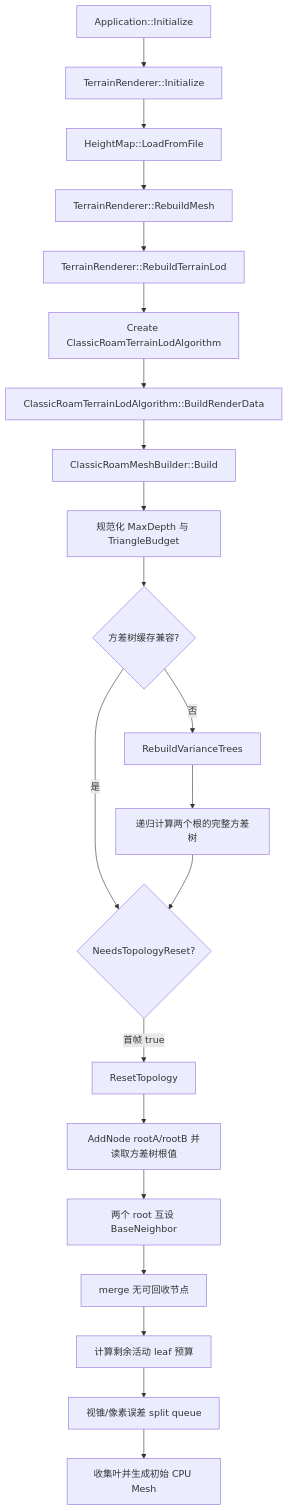
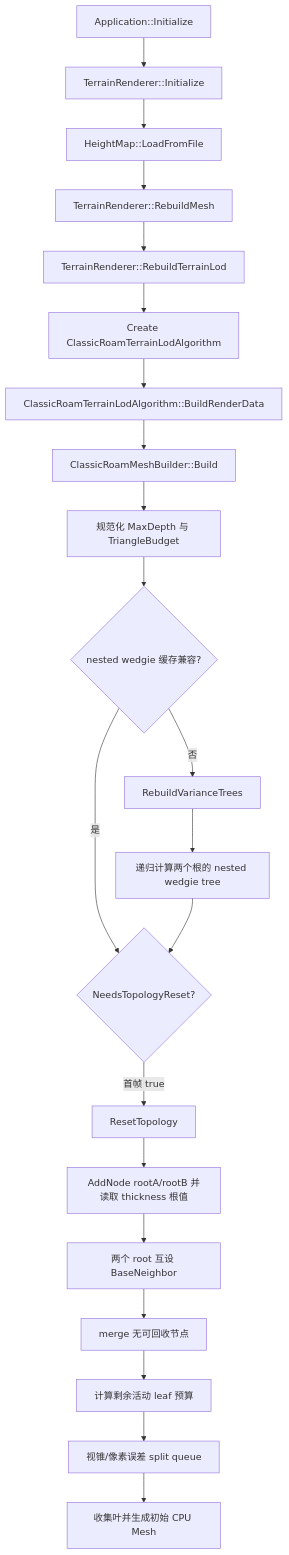
Before and after one commit to mcaswen/RoamTesting: the second of 3 diagrams in docs/source_analysis/classic_roam_context.md, drawn with Mermaid. The commit also changed other lines of this file and 23 other files, not shown here.

Commit message:
feat: 实现论文 nested wedgie thickness 公式

````diff
--- a/docs/source_analysis/classic_roam_context.md
+++ b/docs/source_analysis/classic_roam_context.md
@@ -145,23 +145,23 @@
 ```mermaid
 flowchart TD
     A[Application::Initialize] --> B[TerrainRenderer::Initialize]
     B --> C[HeightMap::LoadFromFile]
     C --> D[TerrainRenderer::RebuildMesh]
     D --> E[TerrainRenderer::RebuildTerrainLod]
     E --> F[Create ClassicRoamTerrainLodAlgorithm]
     F --> G[ClassicRoamTerrainLodAlgorithm::BuildRenderData]
     G --> H[ClassicRoamMeshBuilder::Build]
     H --> I[规范化 MaxDepth 与 TriangleBudget]
-    I --> J{方差树缓存兼容?}
+    I --> J{nested wedgie 缓存兼容?}
     J -->|否| K[RebuildVarianceTrees]
-    K --> L[递归计算两个根的完整方差树]
+    K --> L[递归计算两个根的 nested wedgie tree]
     J -->|是| M{NeedsTopologyReset?}
     L --> M
     M -->|首帧 true| N[ResetTopology]
-    N --> O[AddNode rootA/rootB 并读取方差树根值]
+    N --> O[AddNode rootA/rootB 并读取 thickness 根值]
     O --> P[两个 root 互设 BaseNeighbor]
     P --> Q[merge 无可回收节点]
     Q --> R[计算剩余活动 leaf 预算]
     R --> S[视锥/像素误差 split queue]
     S --> T[收集叶并生成初始 CPU Mesh]
 ```
````
